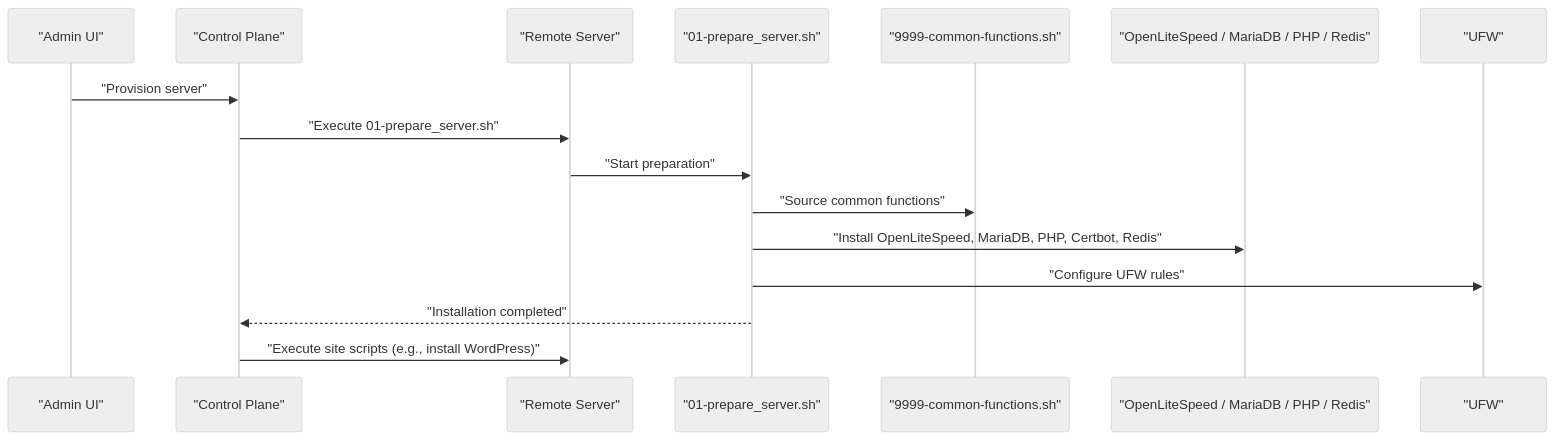
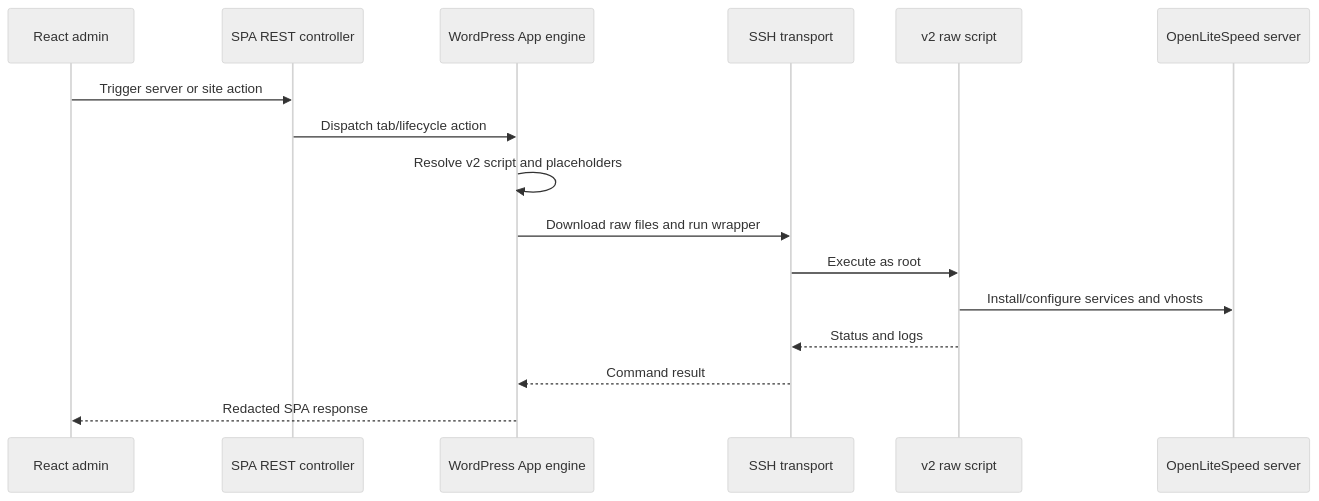
The diagram in .qoder/repowiki/en/content/WordPress Application Engine/Server Provisioning Scripts/Server Provisioning Scripts.md (onedogsolutions/simple-stack), drawn with Mermaid (neutral theme) before and after one commit. The commit also changed other lines of this file and 5941 other files, not shown here.

````diff
--- a/.qoder/repowiki/en/content/WordPress Application Engine/Server Provisioning Scripts/Server Provisioning Scripts.md
+++ b/.qoder/repowiki/en/content/WordPress Application Engine/Server Provisioning Scripts/Server Provisioning Scripts.md
@@ -120,18 +26,18 @@
 ```mermaid
 sequenceDiagram
-participant Admin as "Admin UI"
-participant Control as "Control Plane"
-participant SSH as "Remote Server"
-participant Prep as "01-prepare_server.sh"
-participant Common as "9999-common-functions.sh"
-participant Service as "OpenLiteSpeed / MariaDB / PHP / Redis"
-participant Firewall as "UFW"
-Admin->>Control : "Provision server"
-Control->>SSH : "Execute 01-prepare_server.sh"
-SSH->>Prep : "Start preparation"
-Prep->>Common : "Source common functions"
-Prep->>Service : "Install OpenLiteSpeed, MariaDB, PHP, Certbot, Redis"
-Prep->>Firewall : "Configure UFW rules"
-Prep-->>Control : "Installation completed"
-Control->>SSH : "Execute site scripts (e.g., install WordPress)"
+    participant UI as React admin
+    participant REST as SPA REST controller
+    participant App as WordPress App engine
+    participant SSH as SSH transport
+    participant Raw as v2 raw script
+    participant OLS as OpenLiteSpeed server
+    UI->>REST : Trigger server or site action
+    REST->>App : Dispatch tab/lifecycle action
+    App->>App : Resolve v2 script and placeholders
+    App->>SSH : Download raw files and run wrapper
+    SSH->>Raw : Execute as root
+    Raw->>OLS : Install/configure services and vhosts
+    Raw-->>SSH : Status and logs
+    SSH-->>App : Command result
+    App-->>UI : Redacted SPA response
 ```
````
